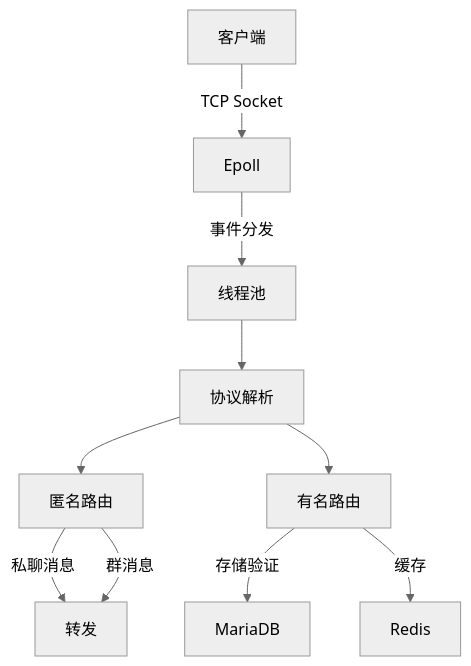
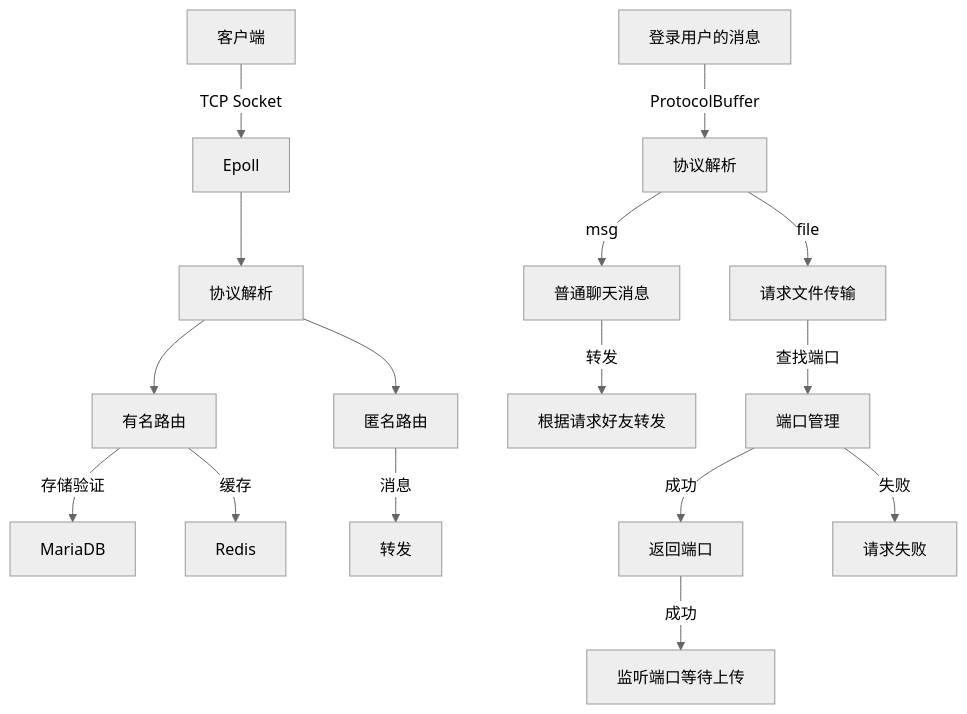
One commit to witnesswish/Violet changed the second of 2 diagrams in readme.md. Above: the diagram before and after it, drawn with Mermaid (neutral theme). The commit also changed other lines of this file and 11 other files, not shown here.

````diff
--- a/readme.md
+++ b/readme.md
@@ -34,12 +48,18 @@
 ```mermaid
 graph TD
     客户端-->|TCP Socket|Epoll
-    Epoll-->|事件分发|线程池
-    线程池-->Protocol[协议解析]
+    Epoll-->Protocol[协议解析]
     Protocol-->unloginRouter[匿名路由]
     Protocol-->loginRouter[有名路由]
     loginRouter-->|存储验证|MariaDB
     loginRouter-->|缓存|Redis
-    unloginRouter-->|私聊消息|转发
-    unloginRouter-->|群消息|转发
+    unloginRouter-->|消息|转发
+    登录用户的消息-->|ProtocolBuffer|协议解析
+    协议解析-->|msg|普通聊天消息
+    普通聊天消息-->|转发|根据请求好友转发
+    协议解析-->|file|请求文件传输
+    请求文件传输-->|查找端口|端口管理
+    端口管理-->|成功|返回端口
+    端口管理-->|失败|请求失败
+    返回端口-->|成功|监听端口等待上传
 ```
````
